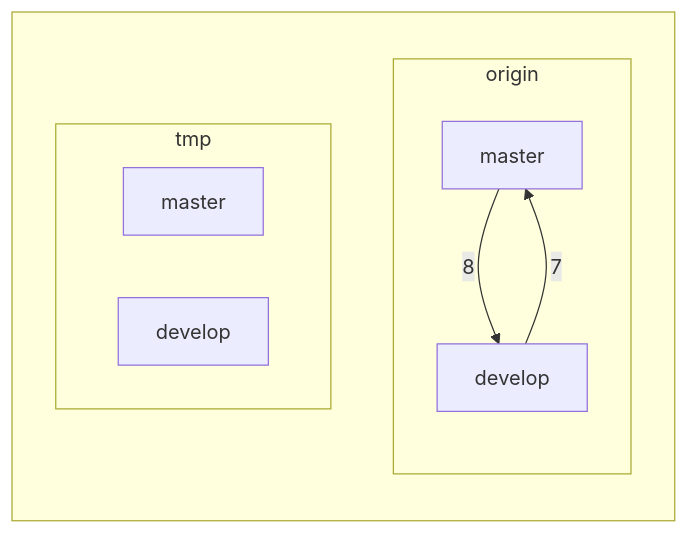
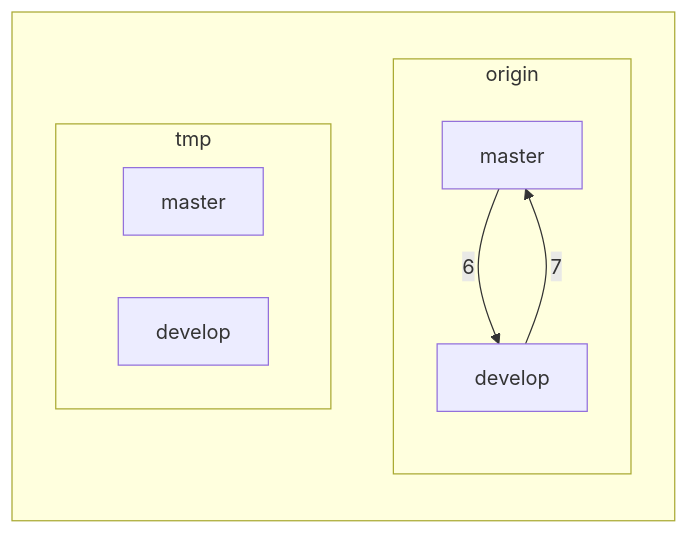
Diagram 13 of 20 in articles/cherry-pick-operation.md (noraworld/devlog), drawn with Mermaid before and after one commit. The commit also changed other lines of this file, not shown here.

````diff
--- a/articles/cherry-pick-operation.md
+++ b/articles/cherry-pick-operation.md
@@ -439,20 +437,20 @@
 ```mermaid
 flowchart
     subgraph repository[ ]
         direction TB
 
         subgraph origin
             direction TB
             origin_master[master]
             origin_develop[develop]
         end
 
         subgraph tmp
             tmp_master[master]
             tmp_develop[develop]
         end
 
+        origin_master --> |6| origin_develop
         origin_develop --> |7| origin_master
-        origin_master --> |8| origin_develop
     end
 ```
````
